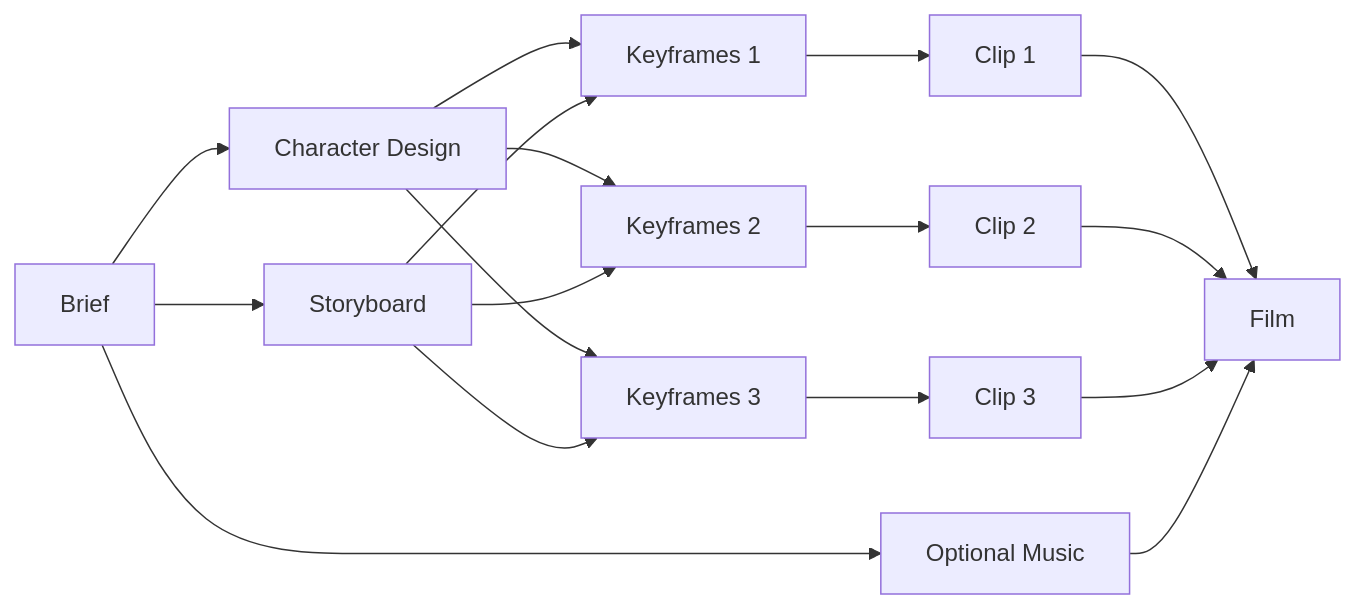
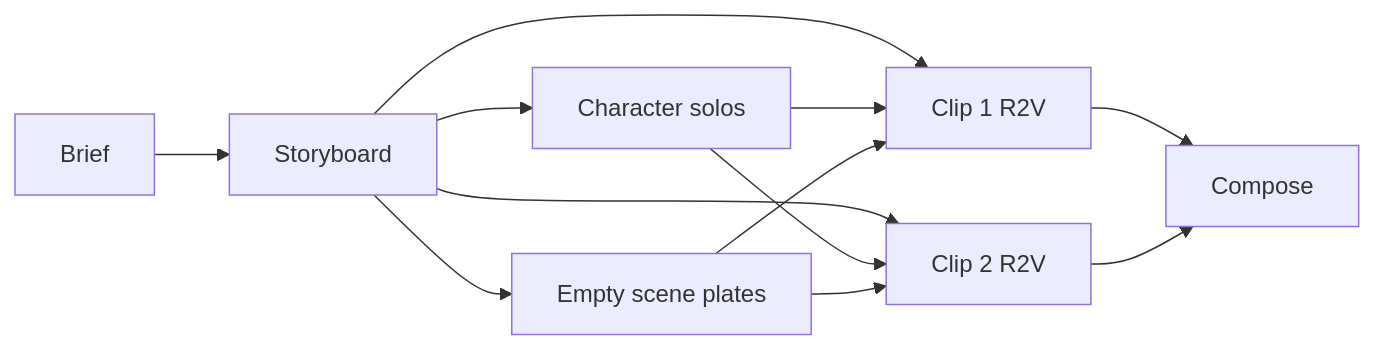
The second of 2 diagrams in README.md (openJiuwen-ai/agent-gateway), drawn with Mermaid before and after one commit. The commit also changed other lines of this file and 73 other files, not shown here.

First line of the commit message:
design-no-keyframes-2.0: storyboard continuity + concurrent clips (no keyframes) (#11)

````diff
--- a/README.md
+++ b/README.md
@@ -11,23 +42,14 @@
 ```mermaid
 flowchart LR
-    Brief --> CD[Character Design]
-    Brief --> SB[Storyboard]
-
-    CD --> K1[Keyframes 1]
-    CD --> K2[Keyframes 2]
-    CD --> K3[Keyframes 3]
-
-    SB --> K1
-    SB --> K2
-    SB --> K3
-
-    K1 --> C1[Clip 1]
-    K2 --> C2[Clip 2]
-    K3 --> C3[Clip 3]
-
-    C1 --> Film
-    C2 --> Film
-    C3 --> Film
-
-    Brief --> M[Optional Music] --> Film
+  Brief --> SB[Storyboard]
+  SB --> CD[Character solos]
+  SB --> Scene[Empty scene plates]
+  SB --> Clip1[Clip 1 R2V]
+  SB --> Clip2[Clip 2 R2V]
+  CD --> Clip1
+  CD --> Clip2
+  Scene --> Clip1
+  Scene --> Clip2
+  Clip1 --> Film[Compose]
+  Clip2 --> Film
 ```
````
